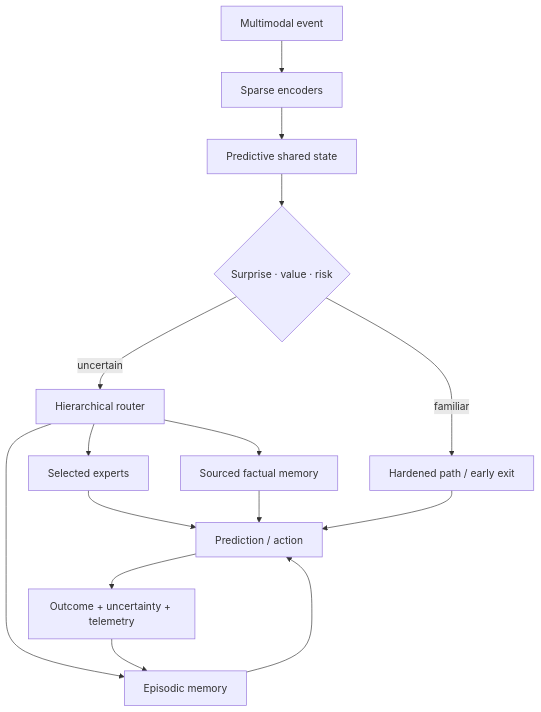
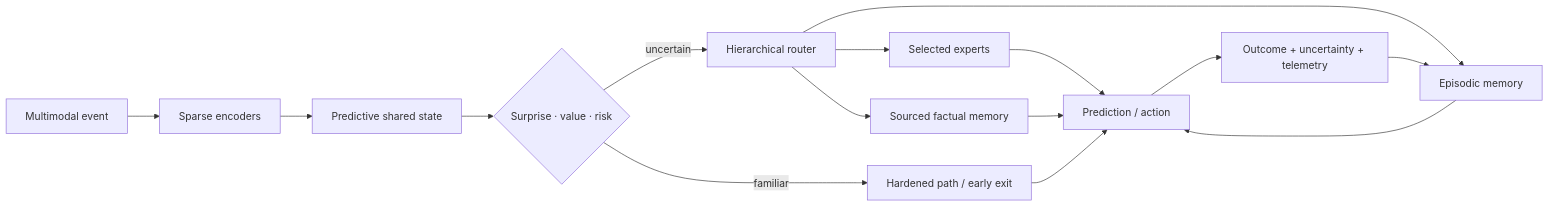
Before and after one commit to lusoris/20-watts-was-enough: the first of 9 diagrams in concept/70-system-synthesis.md, drawn with Mermaid. The commit also changed 5 other files, not shown here.

Commit message:
fix(site): keep wide research diagrams readable

````diff
--- a/concept/70-system-synthesis.md
+++ b/concept/70-system-synthesis.md
@@ -30,17 +30,17 @@
 ```mermaid
-flowchart TB
+flowchart LR
     obs["Multimodal event"] --> enc["Sparse encoders"]
     enc --> state["Predictive shared state"]
     state --> gate{"Surprise · value · risk"}
     gate -->|"familiar"| reflex["Hardened path / early exit"]
     gate -->|"uncertain"| route["Hierarchical router"]
     route --> experts["Selected experts"]
     route --> episodic["Episodic memory"]
     route --> facts["Sourced factual memory"]
     experts --> output["Prediction / action"]
     episodic --> output
     facts --> output
     reflex --> output
     output --> result["Outcome + uncertainty + telemetry"]
     result --> episodic
 ```
````
